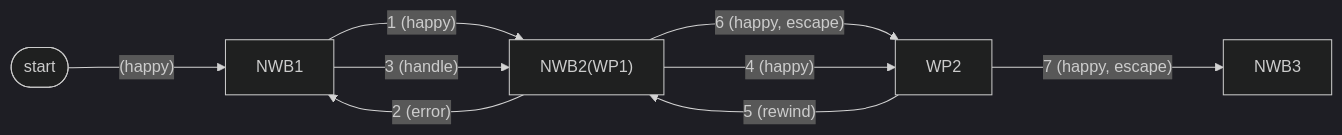
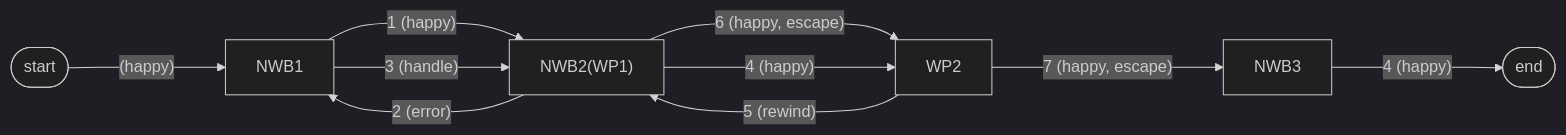
Before and after one commit to flowdev/comb: the fifth of 6 diagrams in error_handling.md, drawn with Mermaid (dark theme). The commit also changed other lines of this file, not shown here.

Commit message:
Use no markdown in flow graphs for better results.

````diff
--- a/error_handling.md
+++ b/error_handling.md
@@ -229,14 +233,16 @@
 ```mermaid
 flowchart LR
-  st(["`start`"])
-  p1["`NWB1`"]
-  p2["`NWB2(WP1)`"]
-  p3["`WP2`"]
-  p4["`NWB3`"]
+  st(["start"])
+  p1["NWB1"]
+  p2["NWB2(WP1)"]
+  p3["WP2"]
+  p4["NWB3"]
+  ed(["end"])
   
-  st--->|"`(happy)`"|p1--->|"`1 (happy)`"|p2--->|"`6 (happy, escape)`"|p3--->|"`7 (happy, escape)`"|p4
-  p2--->|"`2 (error)`"|p1
-  p1--->|"`3 (handle)`"|p2
-  p2--->|"`4 (happy)`"|p3
-  p3--->|"`5 (rewind)`"|p2
+  st--->|"(happy)"|p1--->|"1 (happy)"|p2--->|"6 (happy, escape)"|p3--->|"7 (happy, escape)"|p4
+  p2--->|"2 (error)"|p1
+  p1--->|"3 (handle)"|p2
+  p2--->|"4 (happy)"|p3
+  p3--->|"5 (rewind)"|p2
+  p4--->|"4 (happy)"|ed
 ```
````
